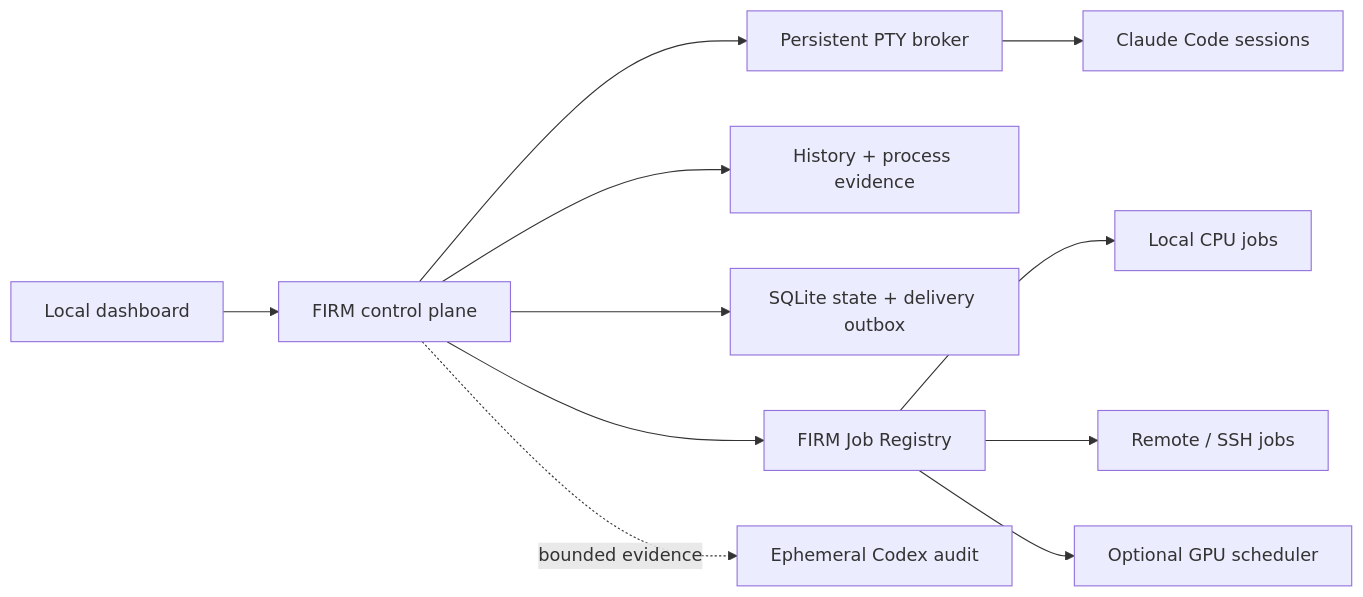
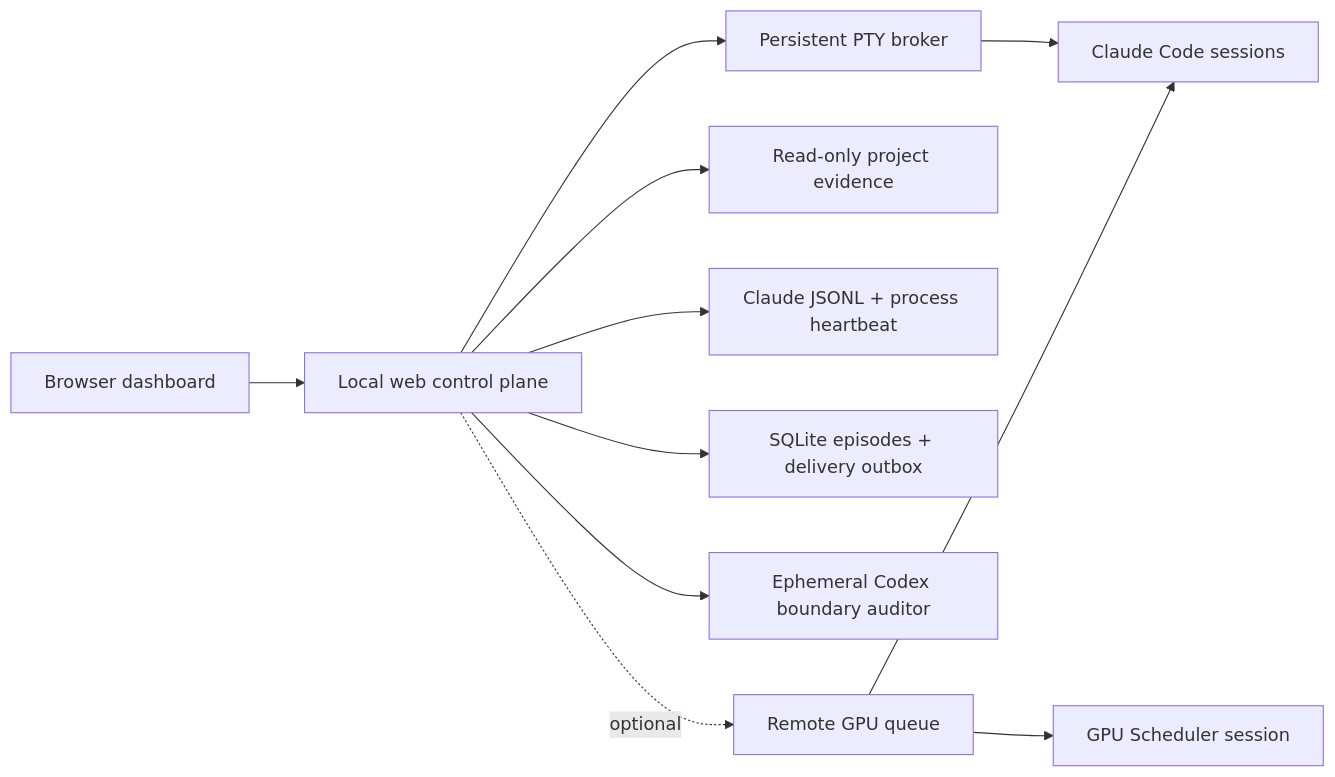
The diagram in README.md (Zarien-Li/firm-control-room), drawn with Mermaid before and after one commit. The commit also changed other lines of this file and 33 other files, not shown here.

Commit message:
Add autonomous session resolution and durable job control

````diff
--- a/README.md
+++ b/README.md
@@ -104,13 +105,13 @@
 ```mermaid
 flowchart LR
-    UI["Local dashboard"] --> WEB["FIRM control plane"]
+    UI["Browser dashboard"] --> WEB["Local web control plane"]
     WEB --> BROKER["Persistent PTY broker"]
     BROKER --> CLAUDE["Claude Code sessions"]
-    WEB --> HISTORY["History + process evidence"]
-    WEB --> STORE["SQLite state + delivery outbox"]
-    WEB --> JOBS["FIRM Job Registry"]
-    JOBS --> LOCAL["Local CPU jobs"]
-    JOBS --> SSH["Remote / SSH jobs"]
-    JOBS --> GPU["Optional GPU scheduler"]
-    WEB -. bounded evidence .-> CODEX["Ephemeral Codex audit"]
+    WEB --> EVIDENCE["Read-only project evidence"]
+    WEB --> HISTORY["Claude JSONL + process heartbeat"]
+    WEB --> LEDGER["SQLite episodes + delivery outbox"]
+    WEB --> CODEX["Ephemeral Codex boundary auditor"]
+    WEB -. optional .-> QUEUE["Remote GPU queue"]
+    QUEUE --> SCHEDULER["GPU Scheduler session"]
+    QUEUE --> CLAUDE
 ```
````
